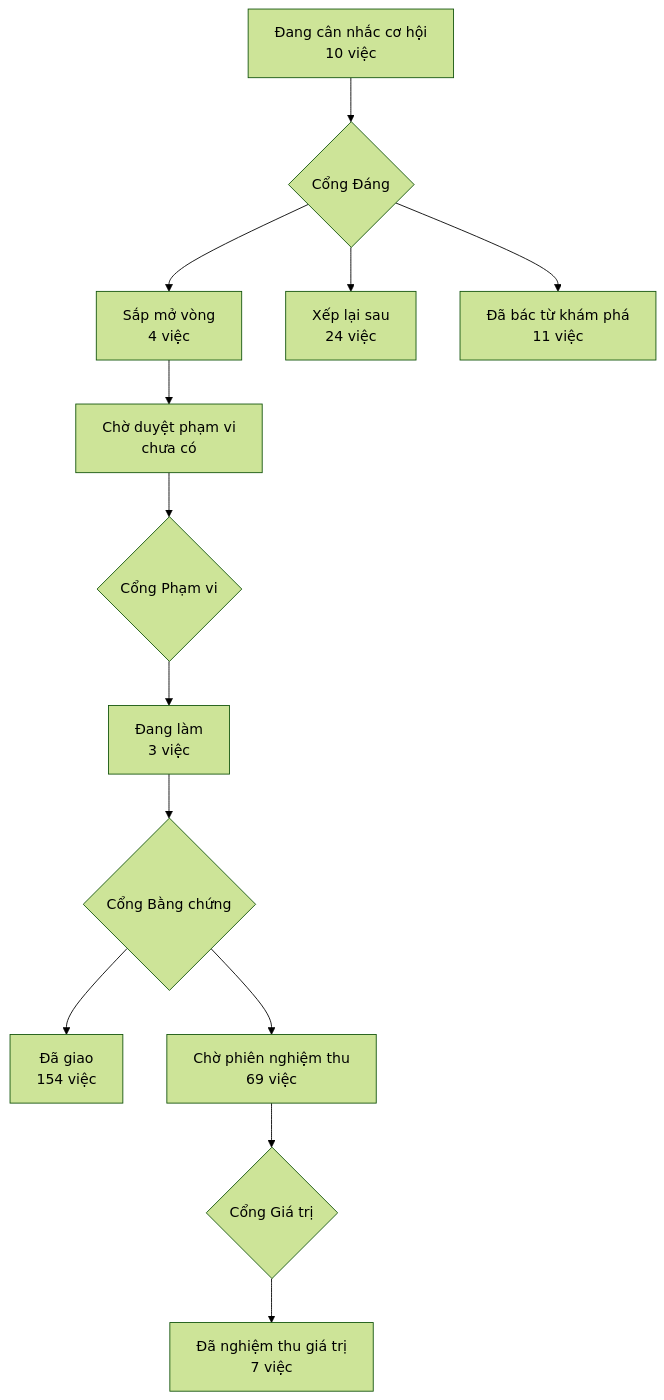
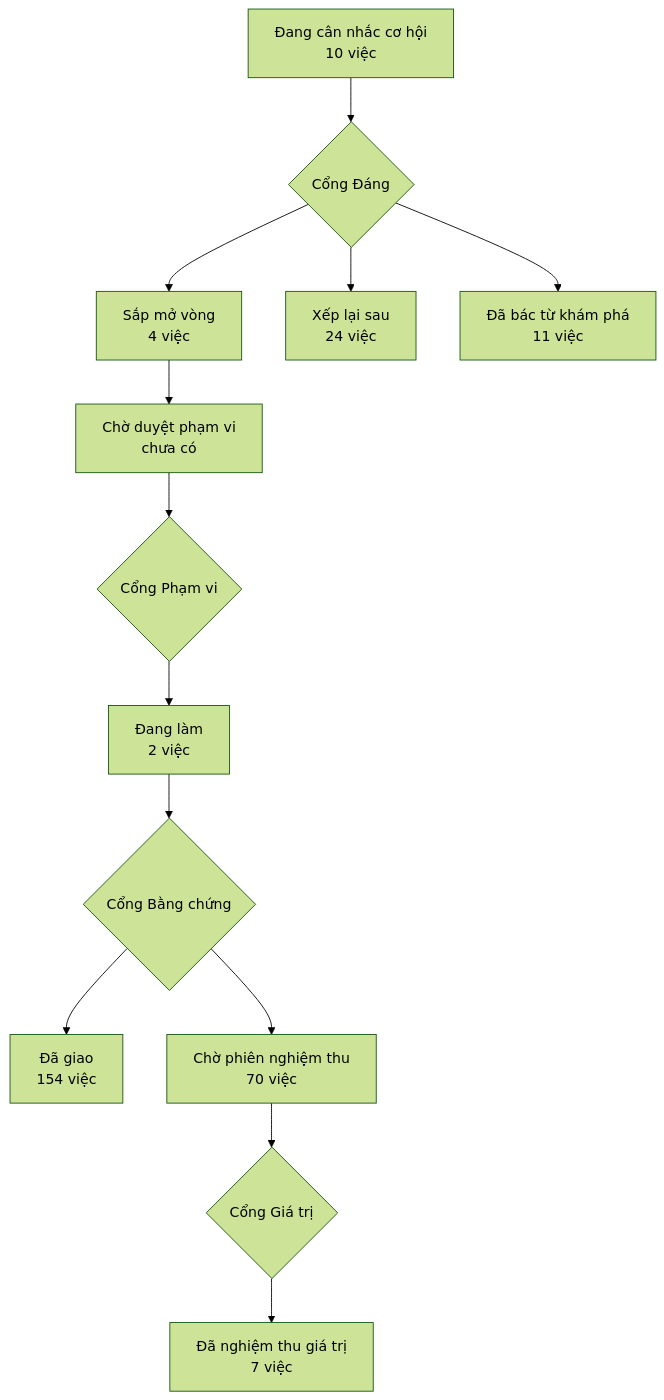
The diagram in PRODUCT-MAP.md (phanlemanh/acceptance-gate-kit), drawn with Mermaid (forest theme) before and after one commit. The commit also changed 5 other files, not shown here.

````diff
--- a/PRODUCT-MAP.md
+++ b/PRODUCT-MAP.md
@@ -7,12 +7,12 @@
 ```mermaid
 flowchart TD
   A["Đang cân nhắc cơ hội<br/>10 việc"] --> GD{"Cổng Đáng"}
   GD --> B["Sắp mở vòng<br/>4 việc"]
   GD --> XL["Xếp lại sau<br/>24 việc"]
   GD --> DB["Đã bác từ khám phá<br/>11 việc"]
   B --> CD["Chờ duyệt phạm vi<br/>chưa có"] --> GP{"Cổng Phạm vi"}
-  GP --> DL["Đang làm<br/>3 việc"] --> GB{"Cổng Bằng chứng"}
+  GP --> DL["Đang làm<br/>2 việc"] --> GB{"Cổng Bằng chứng"}
   GB --> DG["Đã giao<br/>154 việc"]
-  GB --> CN["Chờ phiên nghiệm thu<br/>69 việc"] --> GG{"Cổng Giá trị"}
+  GB --> CN["Chờ phiên nghiệm thu<br/>70 việc"] --> GG{"Cổng Giá trị"}
   GG --> NT["Đã nghiệm thu giá trị<br/>7 việc"]
 ```
````
